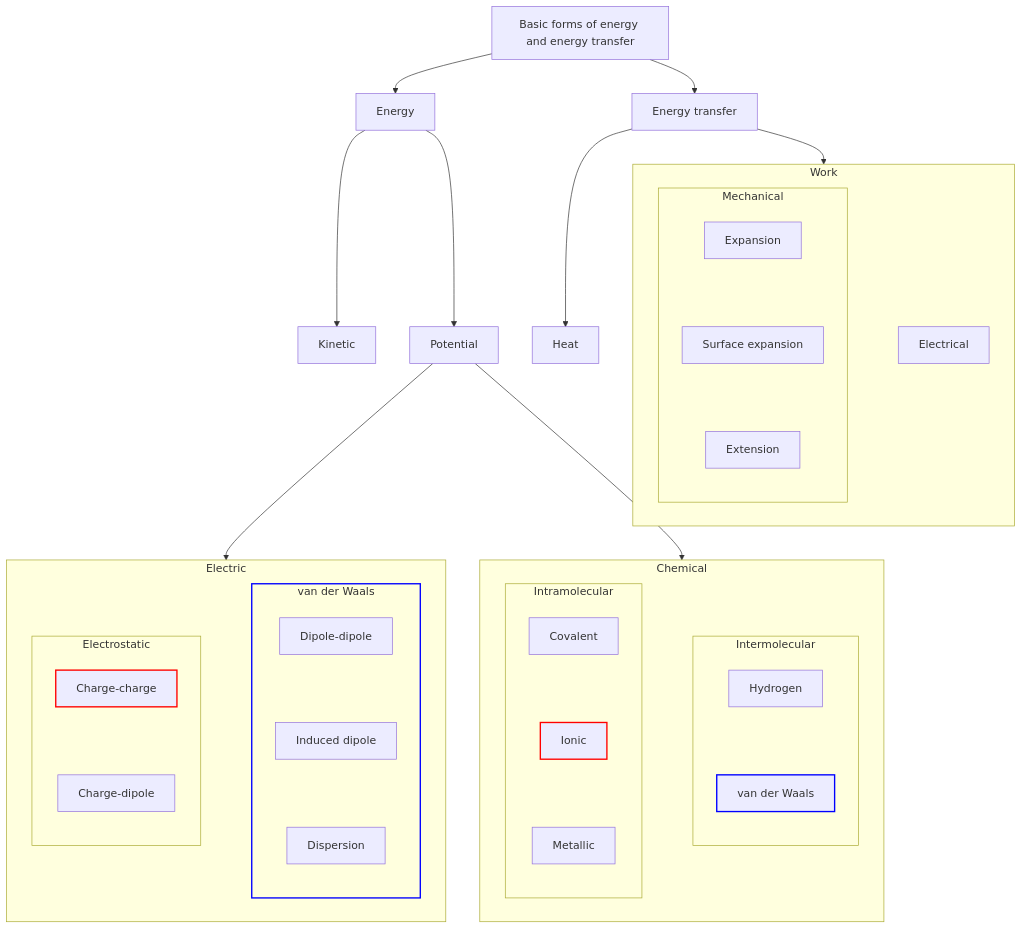
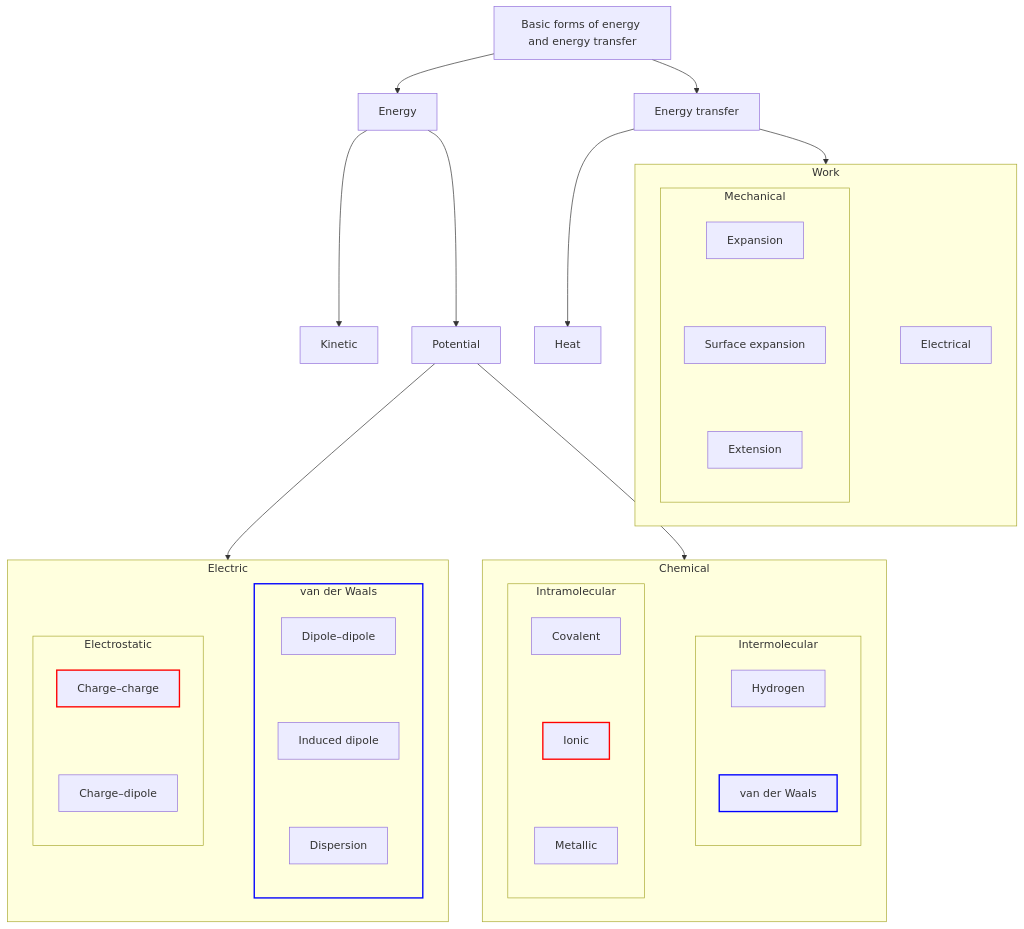
One commit to rwexler/chem-402-5020 changed the second of 2 diagrams in book/lecture-01.md. Above: the diagram before and after it, drawn with Mermaid. The commit also changed other lines of this file and 17 other files, not shown here.

````diff
--- a/book/lecture-01.md
+++ b/book/lecture-01.md
@@ -267,57 +263,57 @@
 ```{mermaid}
 ---
 config: "{
   \"flowchart\": {
     \"htmlLabels\": false
   },
   \"theme\": \"neutral\",
   \"look\": \"handDrawn\",
   \"layout\": \"elk\"
 }"
 ---
 flowchart TB
   subgraph H1["Electrostatic"]
     direction TB
-      H11["Charge-charge"] ~~~ H12["Charge-dipole"]
+      H11["Charge–charge"] ~~~ H12["Charge–dipole"]
   end
   subgraph H2["van der Waals"]
     direction TB
-      H21["Dipole-dipole"] ~~~ H22["Induced dipole"] ~~~ H23["Dispersion"]
+      H21["Dipole–dipole"] ~~~ H22["Induced dipole"] ~~~ H23["Dispersion"]
   end
   subgraph H["Electric"]
     direction LR
       H1 ~~~ H2
   end
   subgraph I1["Intramolecular"]
     direction TB
       I11["Covalent"] ~~~ I12["Ionic"] ~~~ I13["Metallic"]
   end
   subgraph I2["Intermolecular"]
     direction TB
       I21["Hydrogen"] ~~~ I22["van der Waals"]
   end
   subgraph I["Chemical"]
     direction LR
       I1 ~~~ I2
   end
   subgraph J["Mechanical"]
     direction TB
       J1["Expansion"] ~~~ J2["Surface expansion"] ~~~ J3["Extension"]
   end
   subgraph G["Work"]
     direction LR
       J ~~~ G1["Electrical"]
   end
 
   A["Basic forms of energy and energy transfer"] --> B["Energy"] & C["Energy transfer"]
   B --> D["Kinetic"] & E["Potential"]
   C --> F["Heat"] & G
   E --> H & I
   H1 & H2
   I1 & I2
 
   style H11 stroke:red, stroke-width:2px
   style H2 stroke:blue, stroke-width:2px
   style I12 stroke:red, stroke-width:2px
   style I22 stroke:blue, stroke-width:2px
 ```
````
